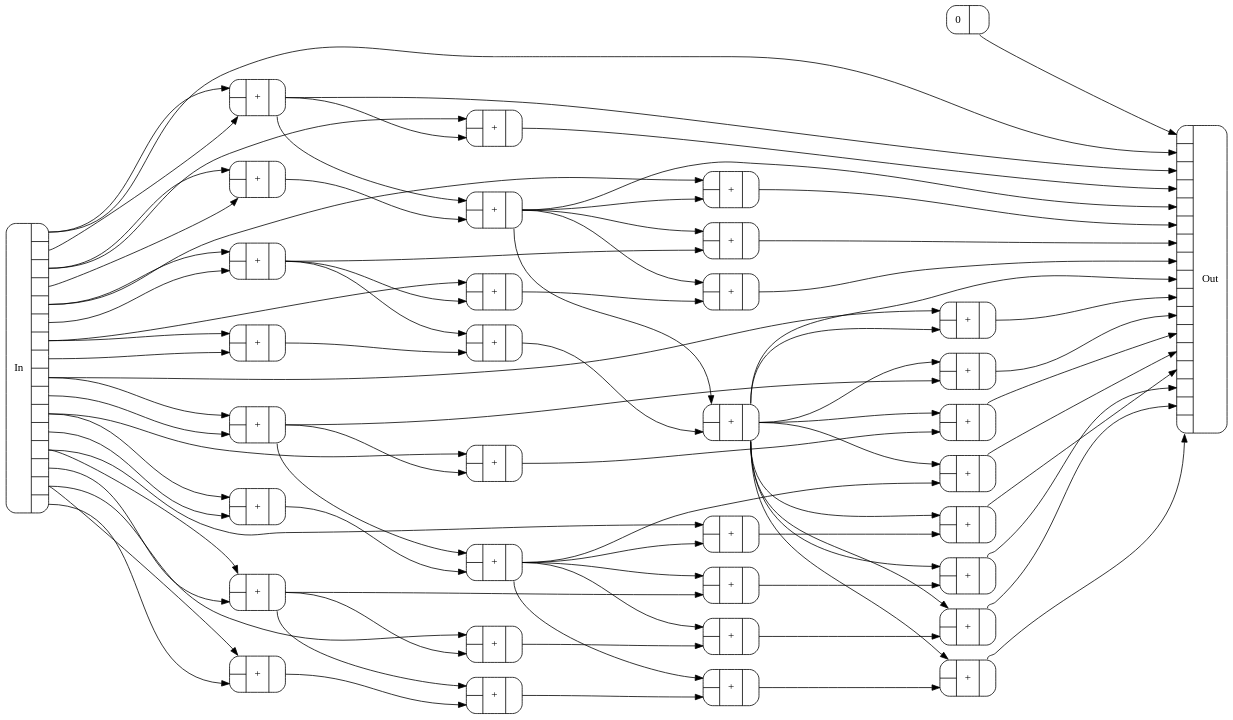
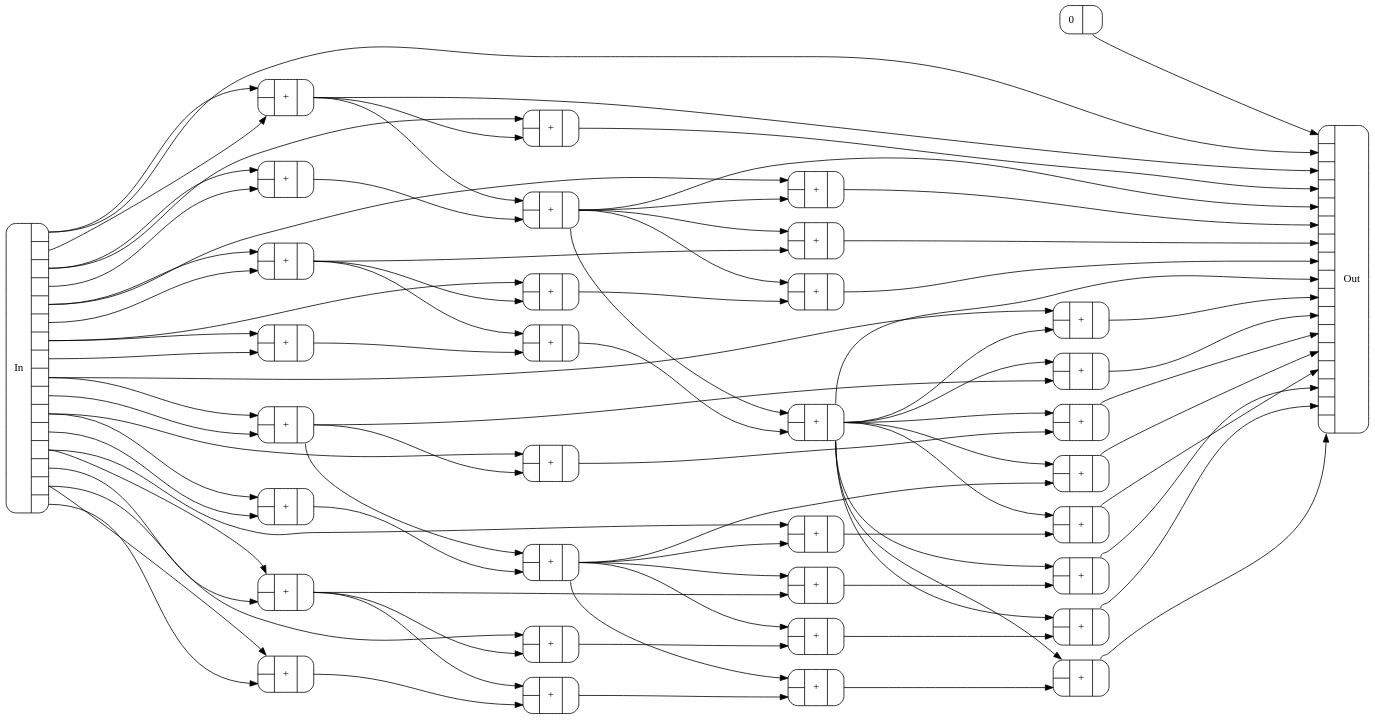
Before and after one commit to conal/talk-2021-can-tensor-programming-be-liberated: the diagram in Figures/lsums-rt4.dot, drawn with Graphviz. The commit also changed 11 other files, not shown here.

```diff
--- a/Figures/lsums-rt4.dot
+++ b/Figures/lsums-rt4.dot
@@ -1,125 +1,125 @@
 digraph lsums_rt4 {
   rankdir=LR;
   node [shape=Mrecord];
   bgcolor=transparent;
   nslimit=20;
-  ranksep="3.2j";
+  ranksep="3.7";
   c0 [label="{{<In0>|<In1>}|+|{<Out0>}}"];
   c1 [label="{{<In0>|<In1>}|+|{<Out0>}}"];
   c2 [label="{{<In0>|<In1>}|+|{<Out0>}}"];
   c3 [label="{{<In0>|<In1>}|+|{<Out0>}}"];
   c4 [label="{{<In0>|<In1>}|+|{<Out0>}}"];
   c5 [label="{{<In0>|<In1>}|+|{<Out0>}}"];
   c6 [label="{{<In0>|<In1>}|+|{<Out0>}}"];
   c7 [label="{{<In0>|<In1>}|+|{<Out0>}}"];
   c8 [label="{{<In0>|<In1>}|+|{<Out0>}}"];
   c9 [label="{{<In0>|<In1>}|+|{<Out0>}}"];
   c10 [label="{{<In0>|<In1>}|+|{<Out0>}}"];
   c11 [label="{{<In0>|<In1>}|+|{<Out0>}}"];
   c12 [label="{{<In0>|<In1>}|+|{<Out0>}}"];
   c13 [label="{{<In0>|<In1>}|+|{<Out0>}}"];
   c14 [label="{{<In0>|<In1>}|+|{<Out0>}}"];
   c15 [label="{{<In0>|<In1>}|+|{<Out0>}}"];
   c16 [label="{{<In0>|<In1>}|+|{<Out0>}}"];
   c17 [label="{{<In0>|<In1>}|+|{<Out0>}}"];
   c18 [label="{{<In0>|<In1>}|+|{<Out0>}}"];
   c19 [label="{{<In0>|<In1>}|+|{<Out0>}}"];
   c20 [label="{{<In0>|<In1>}|+|{<Out0>}}"];
   c21 [label="{{<In0>|<In1>}|+|{<Out0>}}"];
   c22 [label="{{<In0>|<In1>}|+|{<Out0>}}"];
   c23 [label="{{<In0>|<In1>}|+|{<Out0>}}"];
   c24 [label="{{<In0>|<In1>}|+|{<Out0>}}"];
   c25 [label="{{<In0>|<In1>}|+|{<Out0>}}"];
   c26 [label="{{<In0>|<In1>}|+|{<Out0>}}"];
   c27 [label="{{<In0>|<In1>}|+|{<Out0>}}"];
   c28 [label="{{<In0>|<In1>}|+|{<Out0>}}"];
   c29 [label="{{<In0>|<In1>}|+|{<Out0>}}"];
   c30 [label="{{<In0>|<In1>}|+|{<Out0>}}"];
   c31 [label="{{<In0>|<In1>}|+|{<Out0>}}"];
   c32 [label="{0|{<Out0>}}"];
   c33 [label="{In|{<Out0>|<Out1>|<Out2>|<Out3>|<Out4>|<Out5>|<Out6>|<Out7>|<Out8>|<Out9>|<Out10>|<Out11>|<Out12>|<Out13>|<Out14>|<Out15>}}"];
   c34 [label="{{<In0>|<In1>|<In2>|<In3>|<In4>|<In5>|<In6>|<In7>|<In8>|<In9>|<In10>|<In11>|<In12>|<In13>|<In14>|<In15>|<In16>}|Out}"];
   c33:Out0 -> c0:In0;
   c33:Out1 -> c0:In1;
   c33:Out2 -> c1:In0;
   c33:Out3 -> c1:In1;
   c33:Out2 -> c2:In0;
   c0:Out0 -> c2:In1;
   c33:Out4 -> c3:In0;
   c33:Out5 -> c3:In1;
   c33:Out4 -> c4:In0;
   c15:Out0 -> c4:In1;
   c33:Out6 -> c5:In0;
   c33:Out7 -> c5:In1;
   c33:Out6 -> c6:In0;
   c3:Out0 -> c6:In1;
   c33:Out8 -> c7:In0;
   c33:Out9 -> c7:In1;
   c33:Out8 -> c8:In0;
   c17:Out0 -> c8:In1;
   c33:Out10 -> c9:In0;
   c33:Out11 -> c9:In1;
   c33:Out10 -> c10:In0;
   c7:Out0 -> c10:In1;
   c33:Out12 -> c11:In0;
   c33:Out13 -> c11:In1;
   c33:Out12 -> c12:In0;
   c27:Out0 -> c12:In1;
   c33:Out14 -> c13:In0;
   c33:Out15 -> c13:In1;
   c33:Out14 -> c14:In0;
   c11:Out0 -> c14:In1;
   c0:Out0 -> c15:In0;
   c1:Out0 -> c15:In1;
   c15:Out0 -> c16:In0;
   c3:Out0 -> c16:In1;
   c15:Out0 -> c17:In0;
   c19:Out0 -> c17:In1;
   c15:Out0 -> c18:In0;
   c6:Out0 -> c18:In1;
   c3:Out0 -> c19:In0;
   c5:Out0 -> c19:In1;
   c17:Out0 -> c20:In0;
   c7:Out0 -> c20:In1;
   c17:Out0 -> c21:In0;
   c27:Out0 -> c21:In1;
   c17:Out0 -> c22:In0;
   c10:Out0 -> c22:In1;
   c17:Out0 -> c23:In0;
   c29:Out0 -> c23:In1;
   c17:Out0 -> c24:In0;
   c12:Out0 -> c24:In1;
   c17:Out0 -> c25:In0;
   c28:Out0 -> c25:In1;
   c17:Out0 -> c26:In0;
   c30:Out0 -> c26:In1;
   c7:Out0 -> c27:In0;
   c9:Out0 -> c27:In1;
   c27:Out0 -> c28:In0;
   c11:Out0 -> c28:In1;
   c27:Out0 -> c29:In0;
   c31:Out0 -> c29:In1;
   c27:Out0 -> c30:In0;
   c14:Out0 -> c30:In1;
   c11:Out0 -> c31:In0;
   c13:Out0 -> c31:In1;
   c32:Out0 -> c34:In0;
   c33:Out0 -> c34:In1;
   c0:Out0 -> c34:In2;
   c2:Out0 -> c34:In3;
   c15:Out0 -> c34:In4;
   c4:Out0 -> c34:In5;
   c16:Out0 -> c34:In6;
   c18:Out0 -> c34:In7;
   c17:Out0 -> c34:In8;
   c8:Out0 -> c34:In9;
   c20:Out0 -> c34:In10;
   c22:Out0 -> c34:In11;
   c21:Out0 -> c34:In12;
   c24:Out0 -> c34:In13;
   c25:Out0 -> c34:In14;
   c26:Out0 -> c34:In15;
   c23:Out0 -> c34:In16;
 }
 
 // lsums-rt4 components: 32 +, 1 0, 33 total. Max depth: 4.
```
